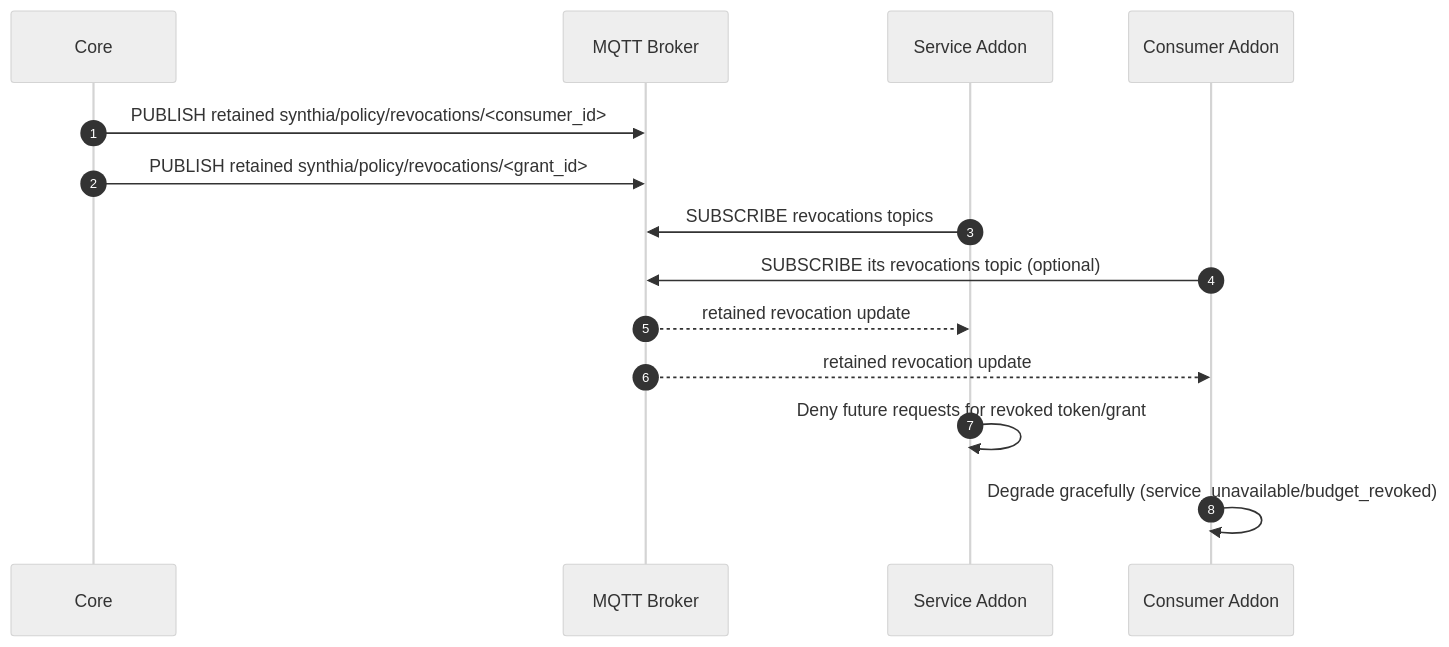
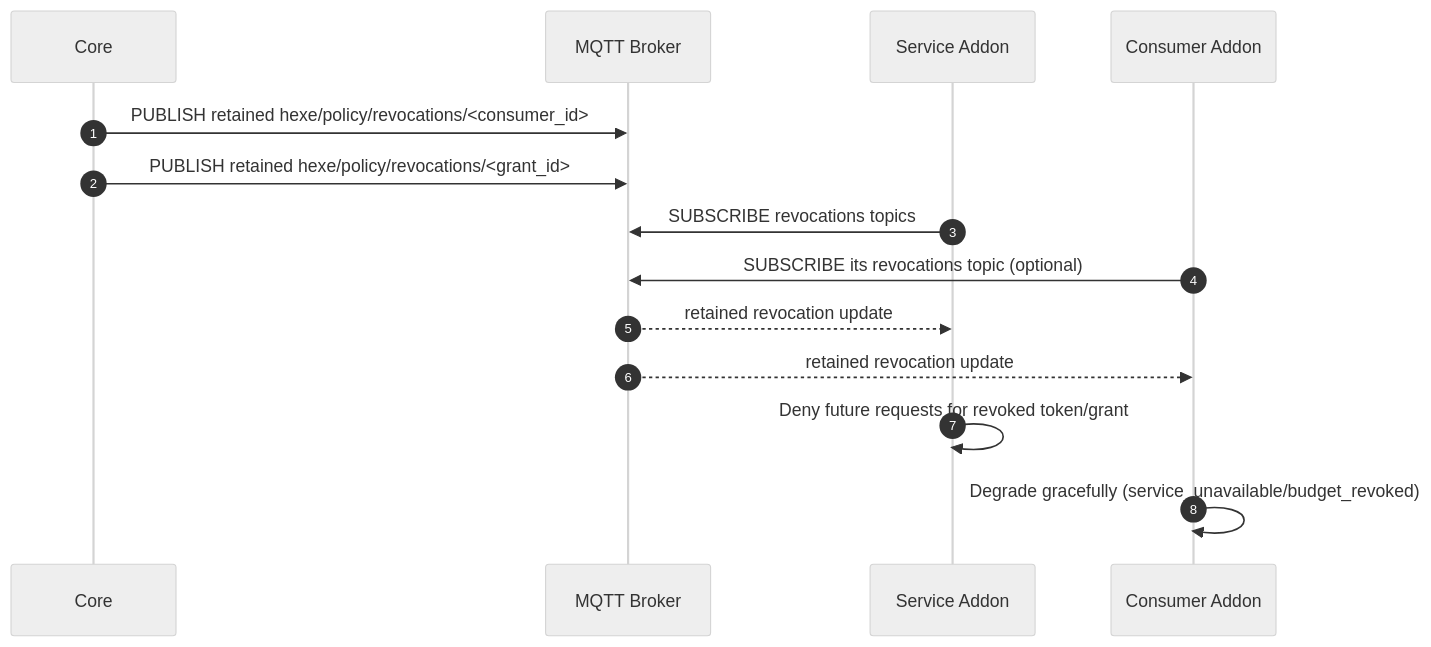
One commit to danhajduk/HexeCore changed the seventh of 8 diagrams in core/docs/standards/distributed-addon-sequence-diagrams-v0-1.md. Above: the diagram before and after it, drawn with Mermaid (neutral theme). The commit also changed other lines of this file and 64 other files, not shown here.

````diff
--- a/core/docs/standards/distributed-addon-sequence-diagrams-v0-1.md
+++ b/core/docs/standards/distributed-addon-sequence-diagrams-v0-1.md
@@ -136,17 +136,17 @@
 ```mermaid
 sequenceDiagram
   autonumber
   participant C as Core
   participant M as MQTT Broker
   participant S as Service Addon
   participant V as Consumer Addon
 
-  C->>M: PUBLISH retained synthia/policy/revocations/<consumer_id>
-  C->>M: PUBLISH retained synthia/policy/revocations/<grant_id>
+  C->>M: PUBLISH retained hexe/policy/revocations/<consumer_id>
+  C->>M: PUBLISH retained hexe/policy/revocations/<grant_id>
   S->>M: SUBSCRIBE revocations topics
   V->>M: SUBSCRIBE its revocations topic (optional)
   M-->>S: retained revocation update
   M-->>V: retained revocation update
   S->>S: Deny future requests for revoked token/grant
   V->>V: Degrade gracefully (service_unavailable/budget_revoked)
 ```
````
